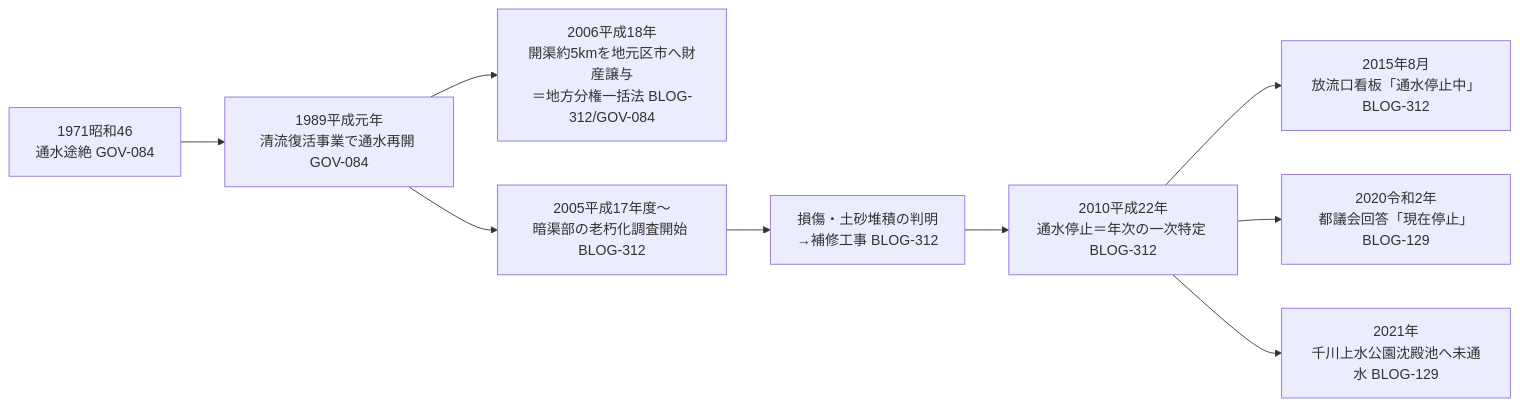
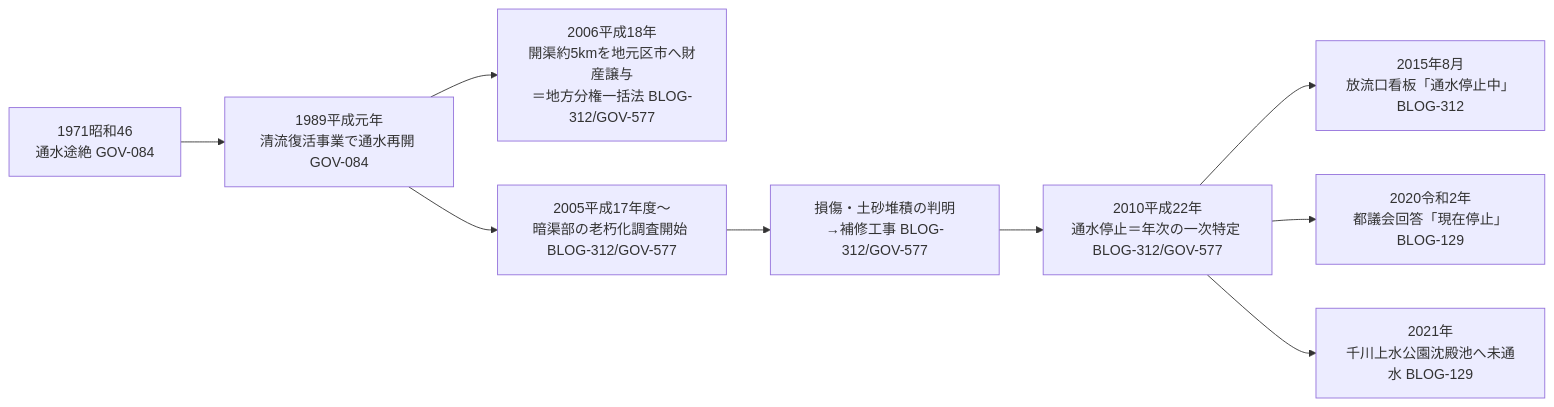
The diagram in docs/sources/blogs/BLOG-312.md (yuubinnkyoku/otowa-ankyoscape), drawn with Mermaid before and after one commit. The commit also changed other lines of this file and 5 other files, not shown here.

Commit message:
第302回: GOV-577（都議会速記録13号の一次確認・環七白子川連結初期スペック・229号線緑道文言）+BLOG-312一次確認格上げ+第302回ノート・bullet/INDEX挿入ヘルパー（自己削除型ワークフロー）

````diff
--- a/docs/sources/blogs/BLOG-312.md
+++ b/docs/sources/blogs/BLOG-312.md
@@ -33,11 +34,11 @@
 ```mermaid
 flowchart LR
     A[1971昭和46<br/>通水途絶 GOV-084] --> B[1989平成元年<br/>清流復活事業で通水再開 GOV-084]
-    B --> C[2006平成18年<br/>開渠約5kmを地元区市へ財産譲与<br/>＝地方分権一括法 BLOG-312/GOV-084]
-    B --> D[2005平成17年度〜<br/>暗渠部の老朽化調査開始 BLOG-312]
-    D --> E[損傷・土砂堆積の判明<br/>→補修工事 BLOG-312]
-    E --> F[2010平成22年<br/>通水停止＝年次の一次特定 BLOG-312]
+    B --> C[2006平成18年<br/>開渠約5kmを地元区市へ財産譲与<br/>＝地方分権一括法 BLOG-312/GOV-577]
+    B --> D[2005平成17年度〜<br/>暗渠部の老朽化調査開始 BLOG-312/GOV-577]
+    D --> E[損傷・土砂堆積の判明<br/>→補修工事 BLOG-312/GOV-577]
+    E --> F[2010平成22年<br/>通水停止＝年次の一次特定 BLOG-312/GOV-577]
     F --> G[2015年8月<br/>放流口看板「通水停止中」BLOG-312]
     F --> H[2020令和2年<br/>都議会回答「現在停止」BLOG-129]
     F --> I[2021年<br/>千川上水公園沈殿池へ未通水 BLOG-129]
 ```
````
